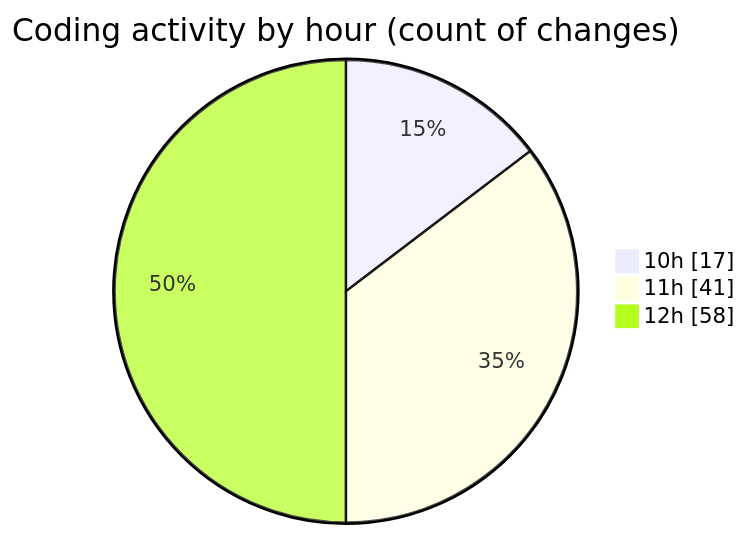
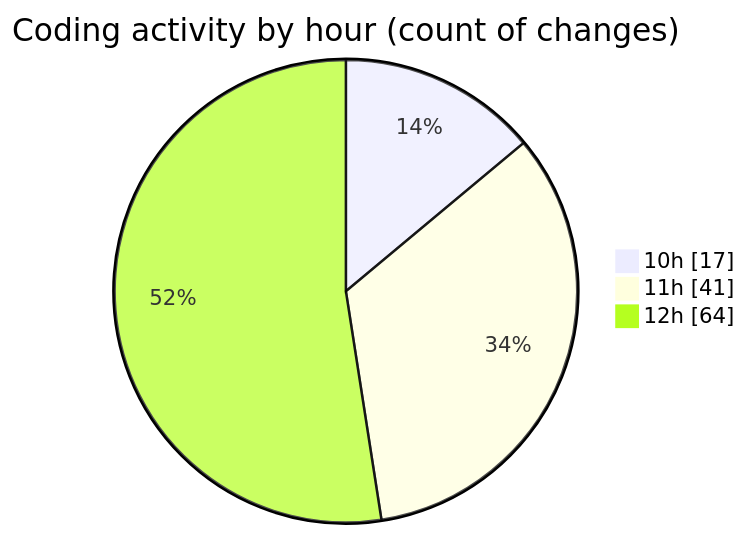
Before and after one commit to momahboobian/code-tracking: the second of 2 diagrams in 2025-10-06/cda/README.md, drawn with Mermaid. The commit also changed other lines of this file and 1 other file, not shown here.

````diff
--- a/2025-10-06/cda/README.md
+++ b/2025-10-06/cda/README.md
@@ -33,7 +33,7 @@
 ```mermaid
 pie showData
 title Coding activity by hour (count of changes)
 "10h" : 17
 "11h" : 41
-"12h" : 58
+"12h" : 64
 ```
````
